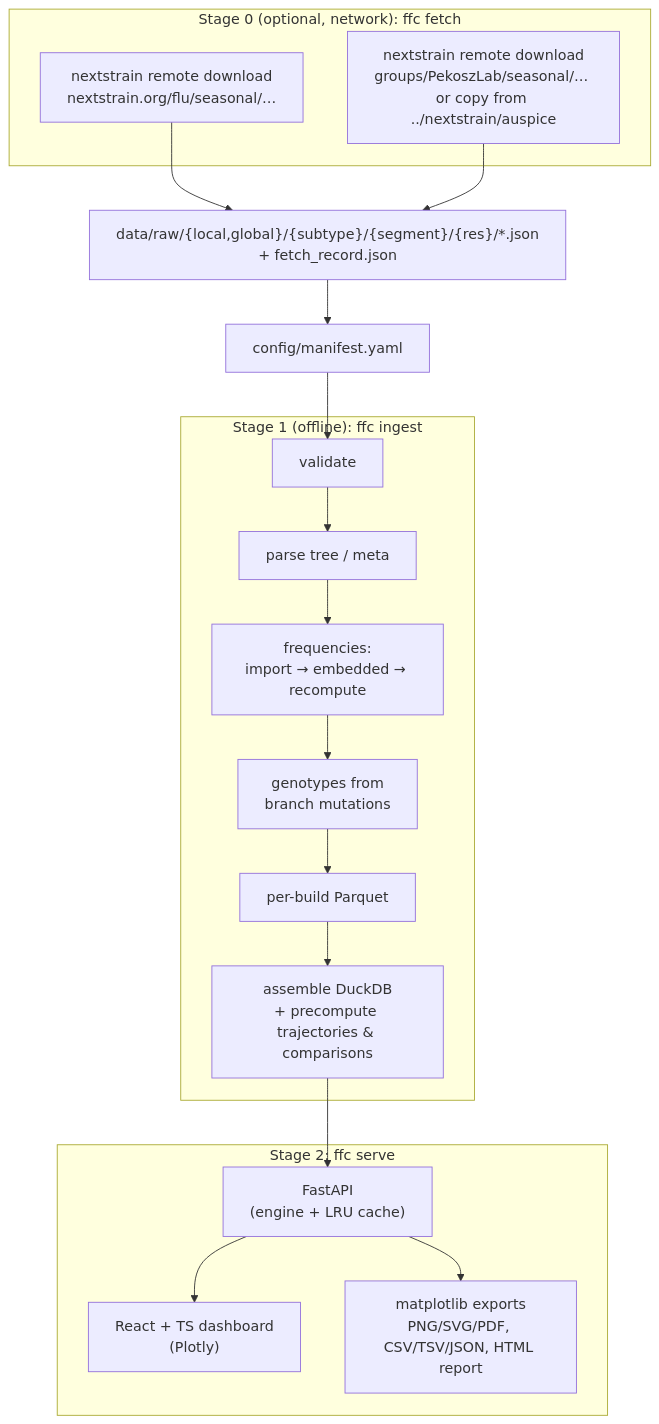
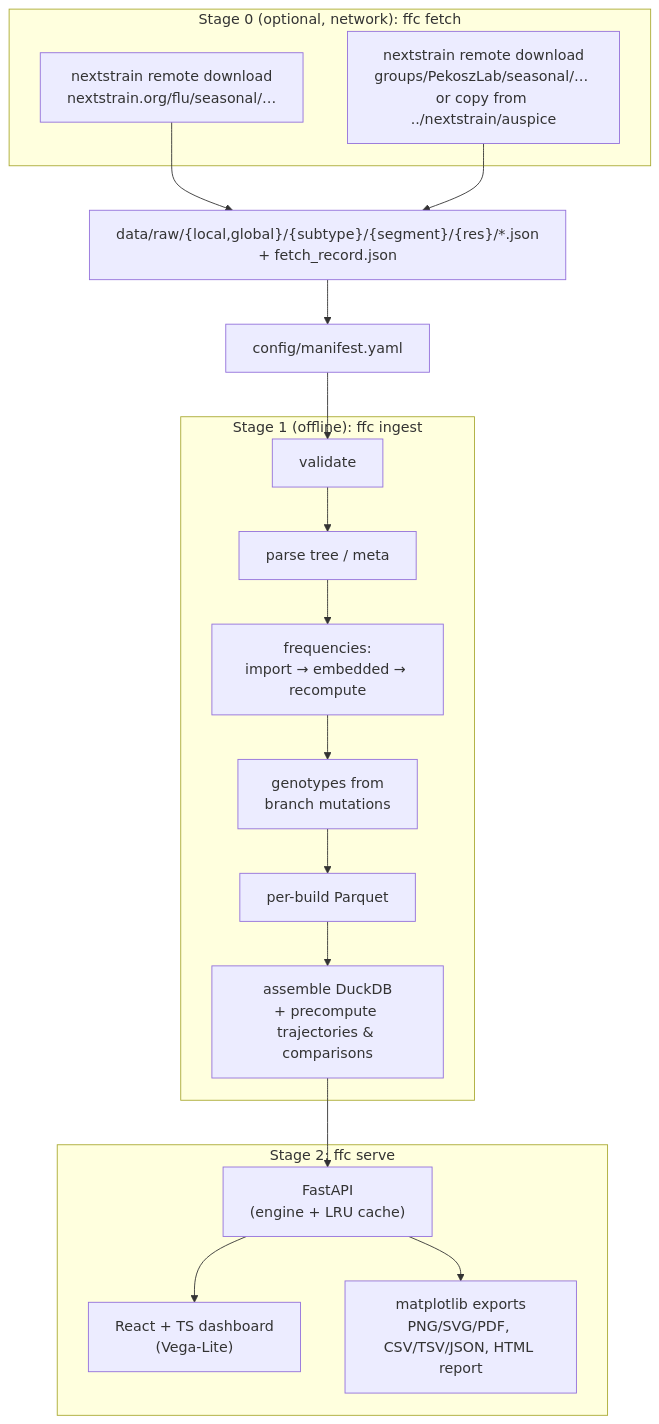
The first of 2 diagrams in docs/DESIGN.md (Pekosz-Lab/flu-frequency), drawn with Mermaid before and after one commit. The commit also changed other lines of this file and 16 other files, not shown here.

````diff
--- a/docs/DESIGN.md
+++ b/docs/DESIGN.md
@@ -19,19 +19,19 @@
 ```mermaid
 flowchart TB
     subgraph S0["Stage 0 (optional, network): ffc fetch"]
       R1["nextstrain remote download<br/>nextstrain.org/flu/seasonal/…"]
       R2["nextstrain remote download<br/>groups/PekoszLab/seasonal/… or copy from ../nextstrain/auspice"]
     end
     R1 & R2 --> RAW["data/raw/{local,global}/{subtype}/{segment}/{res}/*.json<br/>+ fetch_record.json"]
     RAW --> MAN["config/manifest.yaml"]
     subgraph S1["Stage 1 (offline): ffc ingest"]
       V["validate"] --> P["parse tree / meta"] --> F["frequencies:<br/>import → embedded → recompute"] --> G["genotypes from<br/>branch mutations"] --> W["per-build Parquet"]
       W --> DB["assemble DuckDB<br/>+ precompute trajectories & comparisons"]
     end
     MAN --> V
     subgraph S2["Stage 2: ffc serve"]
-      API["FastAPI<br/>(engine + LRU cache)"] --> UI["React + TS dashboard<br/>(Plotly)"]
+      API["FastAPI<br/>(engine + LRU cache)"] --> UI["React + TS dashboard<br/>(Vega-Lite)"]
       API --> EXP["matplotlib exports<br/>PNG/SVG/PDF, CSV/TSV/JSON, HTML report"]
     end
     DB --> API
 ```
````
